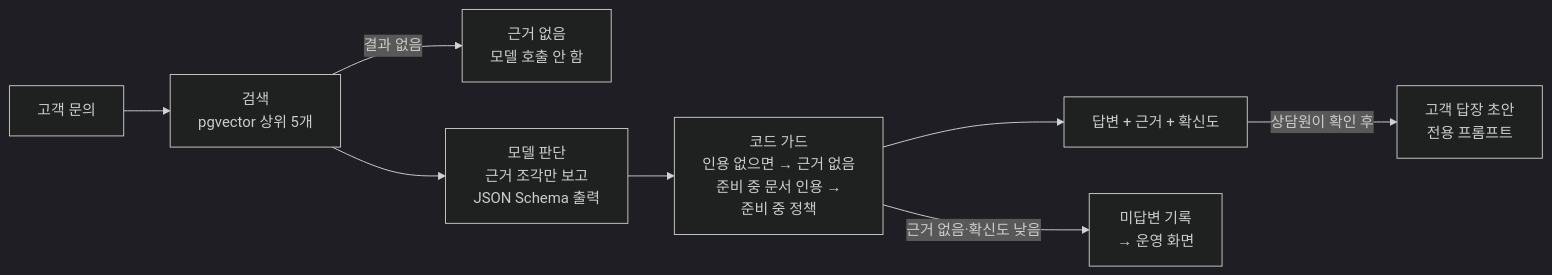
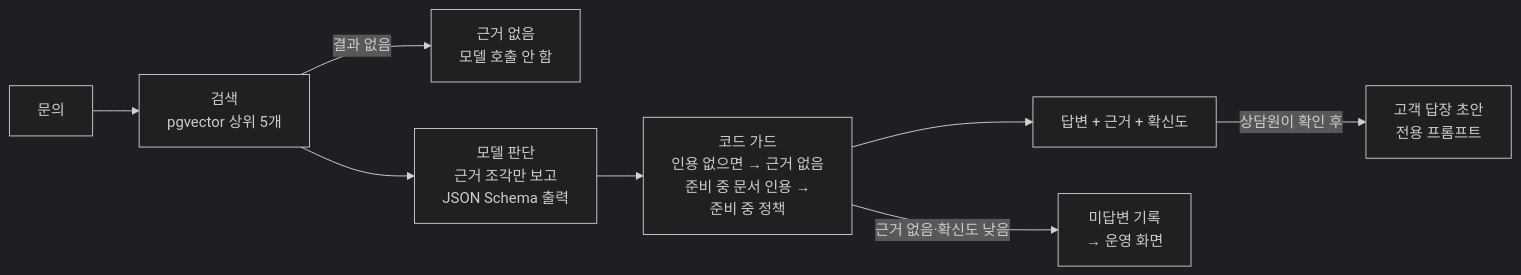
Before and after one commit to EXPOIR0405/helpdesk-copilot: the first of 3 diagrams in README.md, drawn with Mermaid (dark theme). The commit also changed other lines of this file and 1 other file, not shown here.

````diff
--- a/README.md
+++ b/README.md
@@ -95,10 +110,10 @@
 ```mermaid
 flowchart LR
-  Q["고객 문의"] --> S["검색<br/>pgvector 상위 5개"]
+  Q["문의"] --> S["검색<br/>pgvector 상위 5개"]
   S -->|결과 없음| N["근거 없음<br/>모델 호출 안 함"]
   S --> M["모델 판단<br/>근거 조각만 보고<br/>JSON Schema 출력"]
   M --> G["코드 가드<br/>인용 없으면 → 근거 없음<br/>준비 중 문서 인용 →<br/>준비 중 정책"]
   G --> A["답변 + 근거 + 확신도"]
   A -->|상담원이 확인 후| R["고객 답장 초안<br/>전용 프롬프트"]
   G -->|근거 없음·확신도 낮음| L["미답변 기록<br/>→ 운영 화면"]
 ```
````
